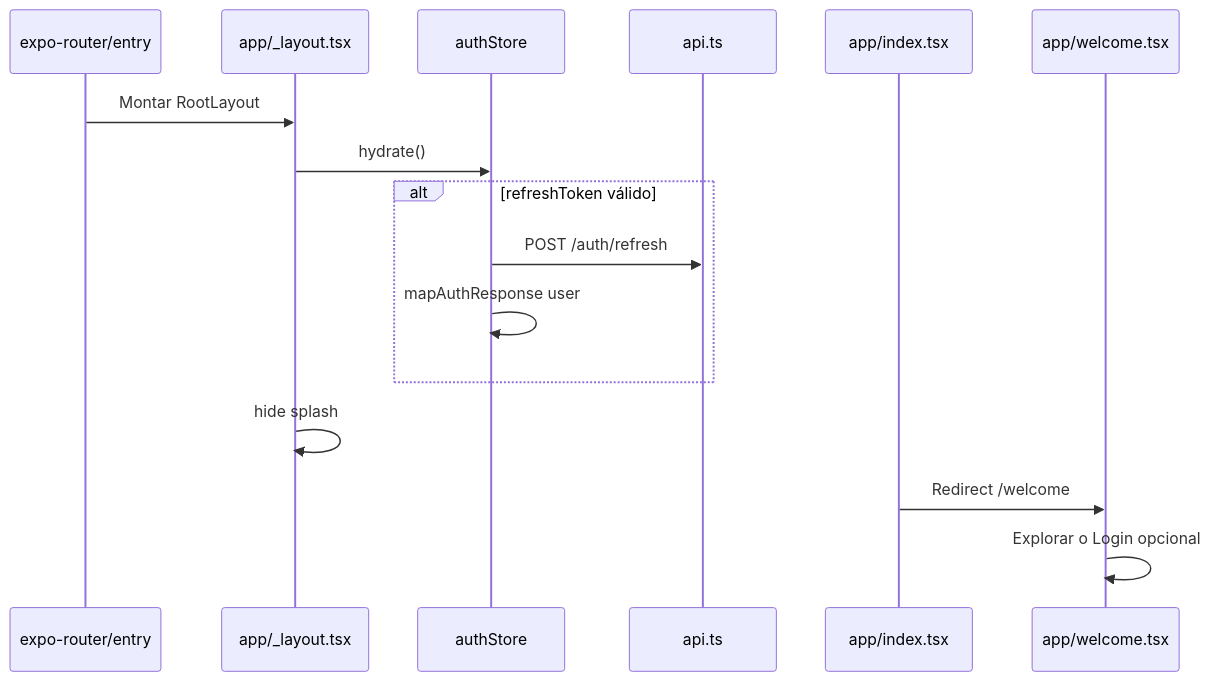
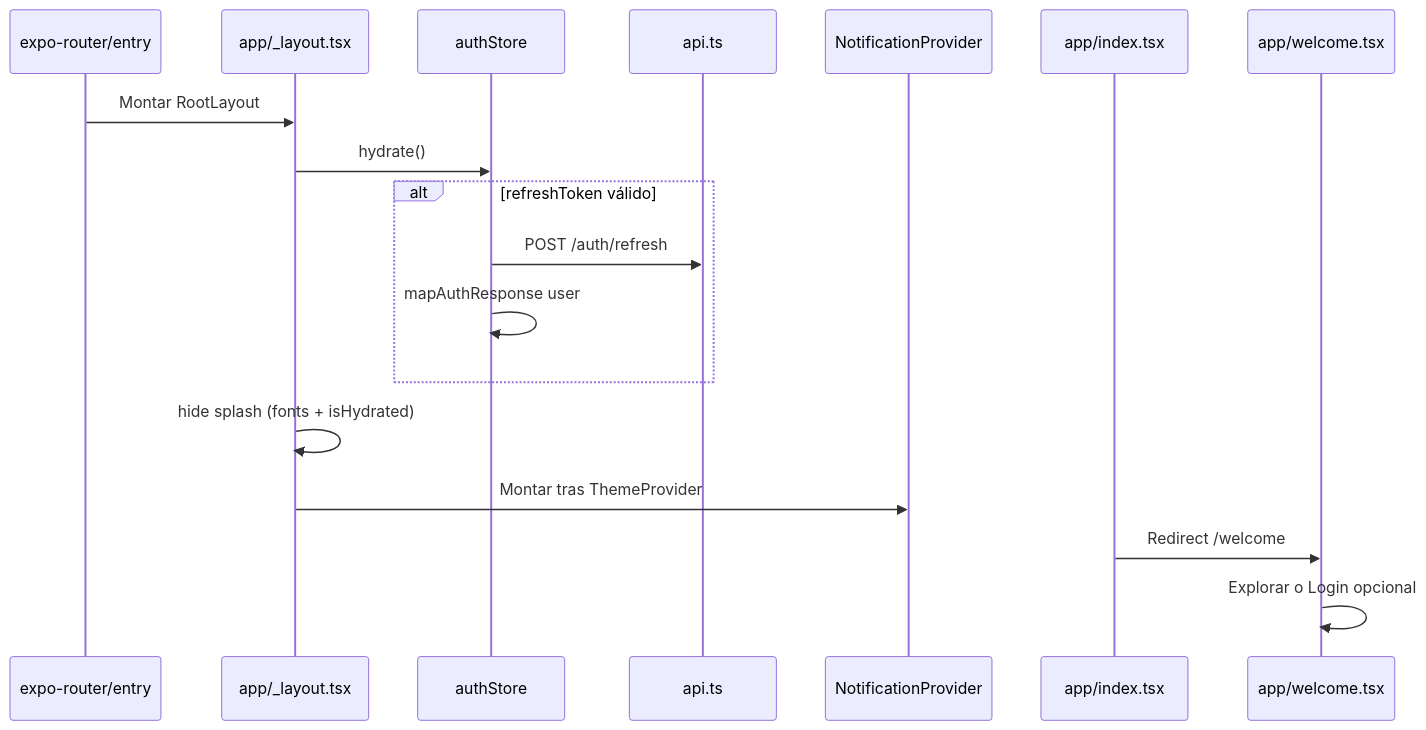
Before and after one commit to julianmeoficial/skyvault-mobile: the third of 3 diagrams in SCHEMA.md, drawn with Mermaid. The commit also changed other lines of this file and 3 other files, not shown here.

````diff
--- a/SCHEMA.md
+++ b/SCHEMA.md
@@ -129,19 +195,21 @@
 ```mermaid
 sequenceDiagram
   participant Expo as expo-router/entry
   participant Layout as app/_layout.tsx
   participant Auth as authStore
   participant API as api.ts
+  participant Notif as NotificationProvider
   participant Index as app/index.tsx
   participant Welcome as app/welcome.tsx
 
   Expo->>Layout: Montar RootLayout
   Layout->>Auth: hydrate()
   alt refreshToken válido
     Auth->>API: POST /auth/refresh
     Auth->>Auth: mapAuthResponse user
   end
-  Layout->>Layout: hide splash
+  Layout->>Layout: hide splash (fonts + isHydrated)
+  Layout->>Notif: Montar tras ThemeProvider
   Index->>Welcome: Redirect /welcome
   Welcome->>Welcome: Explorar o Login opcional
 ```
````
